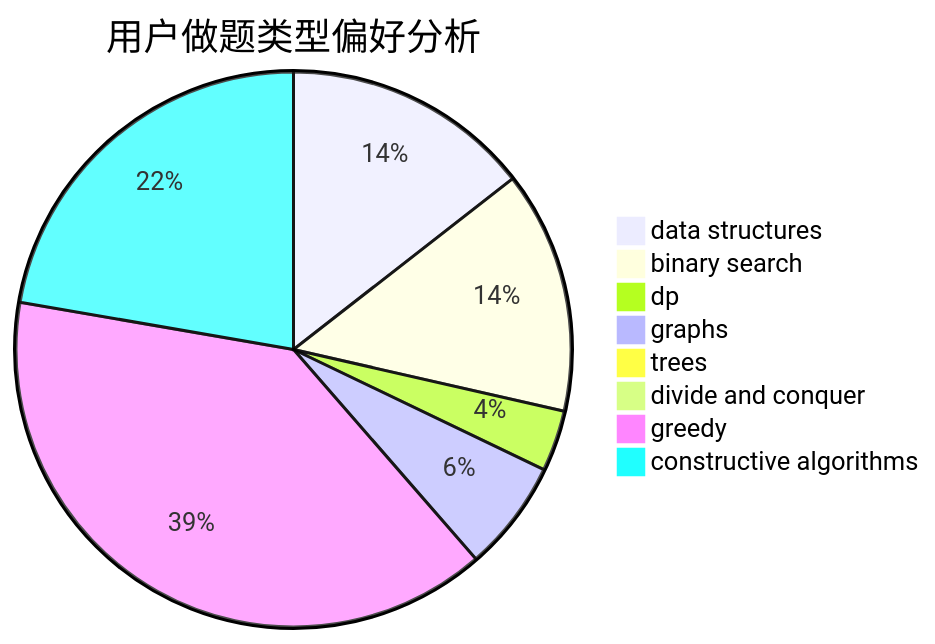
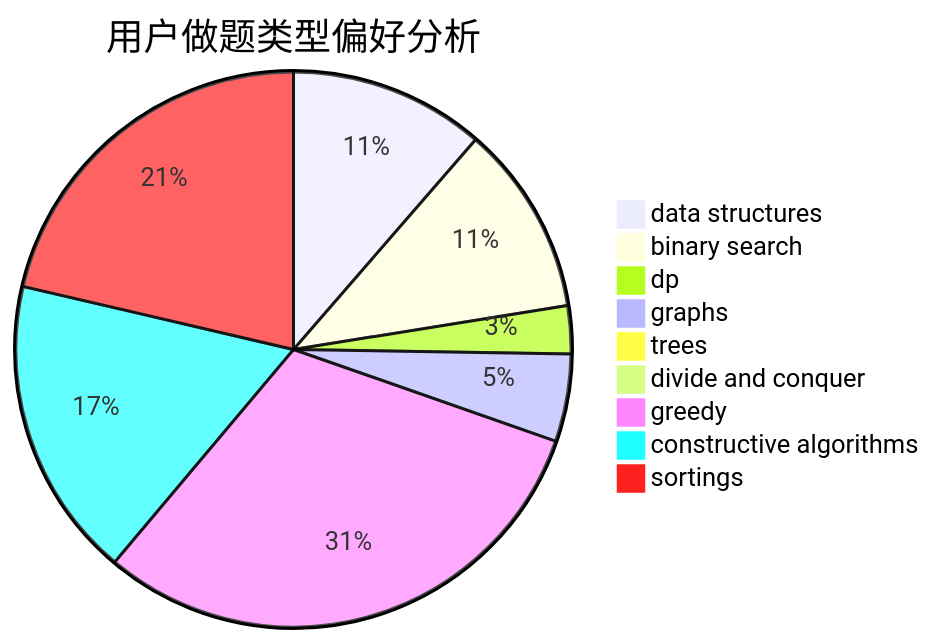
One commit to sherpahu/cfrs.github.io changed the second of 3 diagrams in docs/user/u74.md. Above: the diagram before and after it, drawn with Mermaid. The commit also changed other lines of this file and 2769 other files, not shown here.

````diff
--- a/docs/user/u74.md
+++ b/docs/user/u74.md
@@ -23,11 +18,12 @@
 ```mermaid
 pie title 用户做题类型偏好分析
     "data structures" :  163
     "binary search" :  159
     "dp" :  40
     "graphs" :  73
     "trees" :  5
     "divide and conquer" :  0
     "greedy" :  441
     "constructive algorithms" :  251
+    "sortings" :  306
 ```
````
